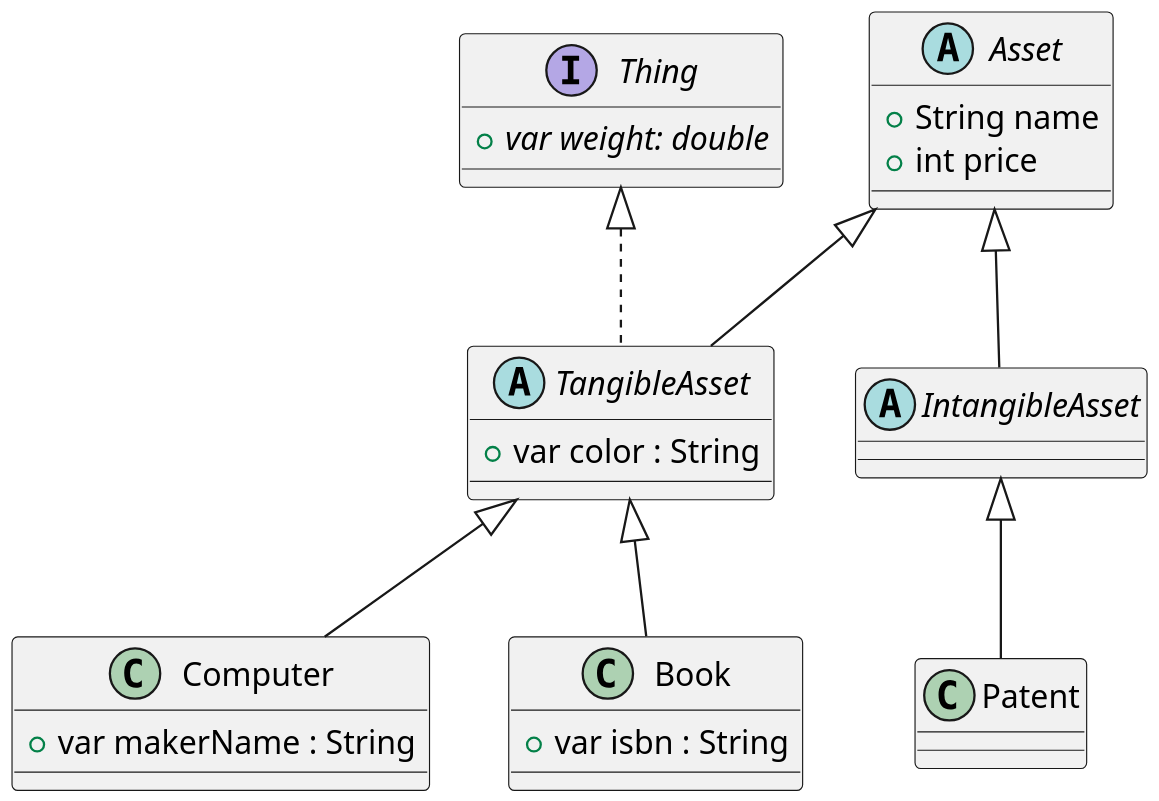
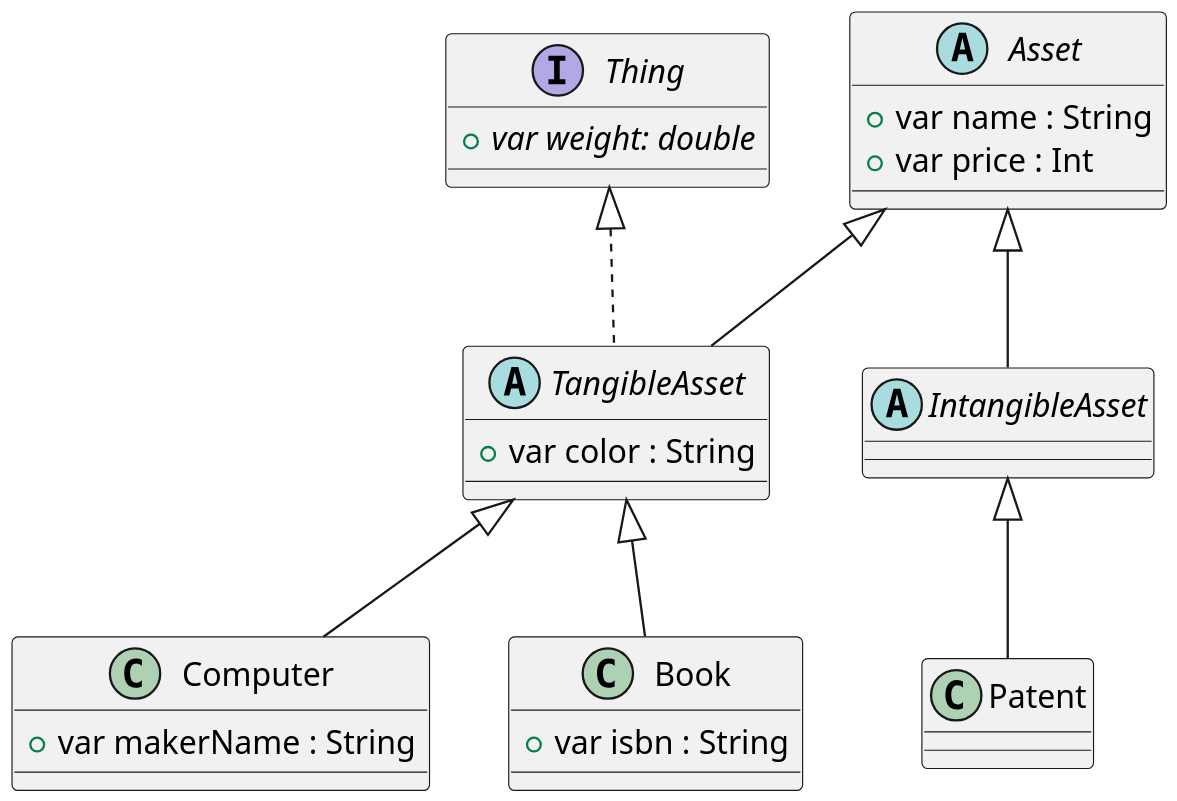
One commit to SurvivalCodingCampus/winter_kotlin_lecture changed the diagram in src/main/kotlin/day7/Asset.puml. Above: the diagram before and after it, drawn with PlantUML.

Commit message:
7일차 추상 클래스 & 인터페이스 UML 수정

```diff
--- a/src/main/kotlin/day7/Asset.puml
+++ b/src/main/kotlin/day7/Asset.puml
@@ -1,34 +1,34 @@
 @startuml
 'https://plantuml.com/class-diagram
 
 scale 2.1
 
 abstract class Asset {
-    + String name
-    + int price
+    + var name : String
+    + var price : Int
 }
 
 interface Thing {
    + {abstract} var weight: double
 }
 
 abstract class TangibleAsset extends Asset implements Thing {
     + var color : String
 }
 
 abstract class IntangibleAsset extends Asset {
 
 }
 
 class Computer extends TangibleAsset {
     + var makerName : String
 }
 
 class Book extends TangibleAsset {
     + var isbn : String
 }
 
 class Patent extends IntangibleAsset  {
 
 }
 @enduml
```
